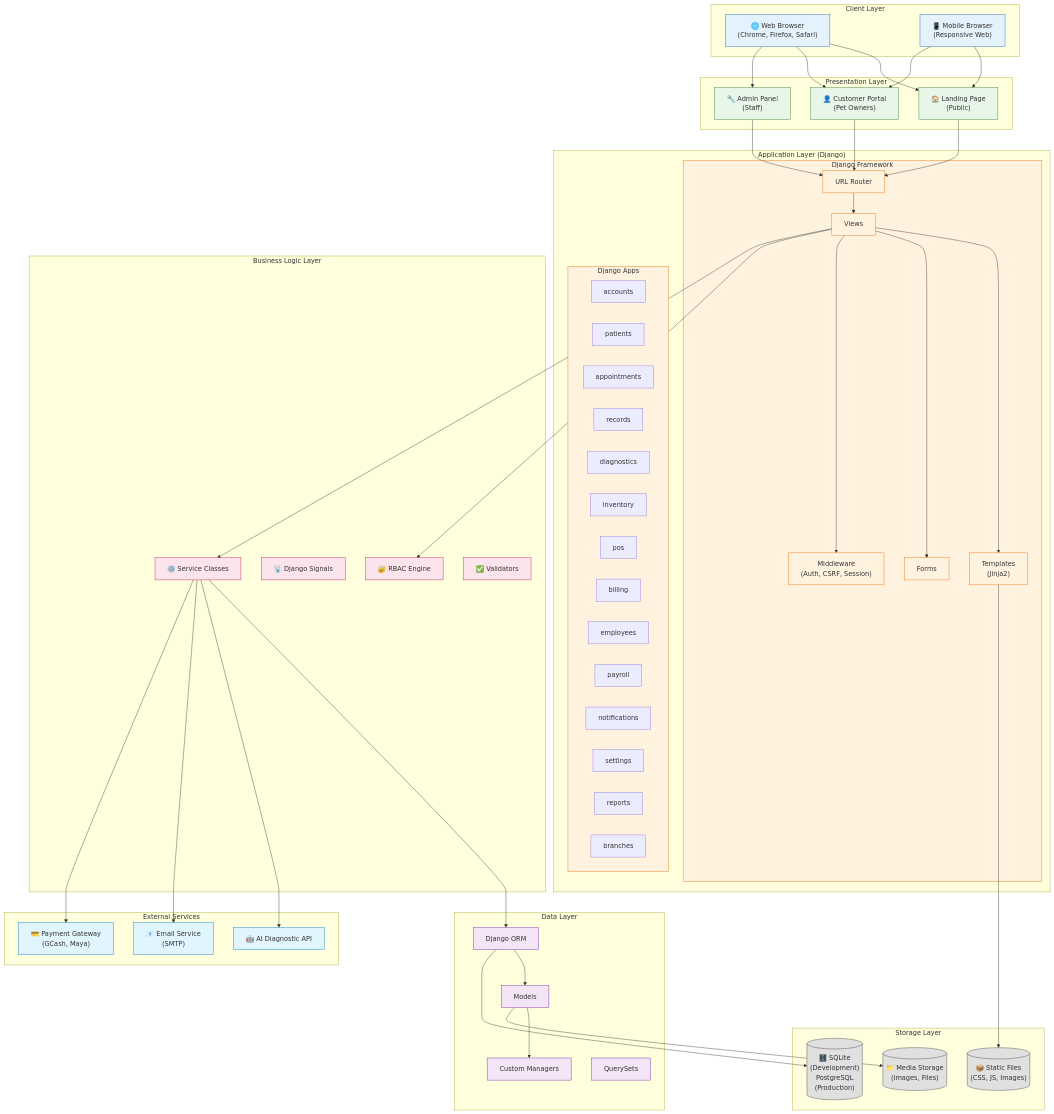
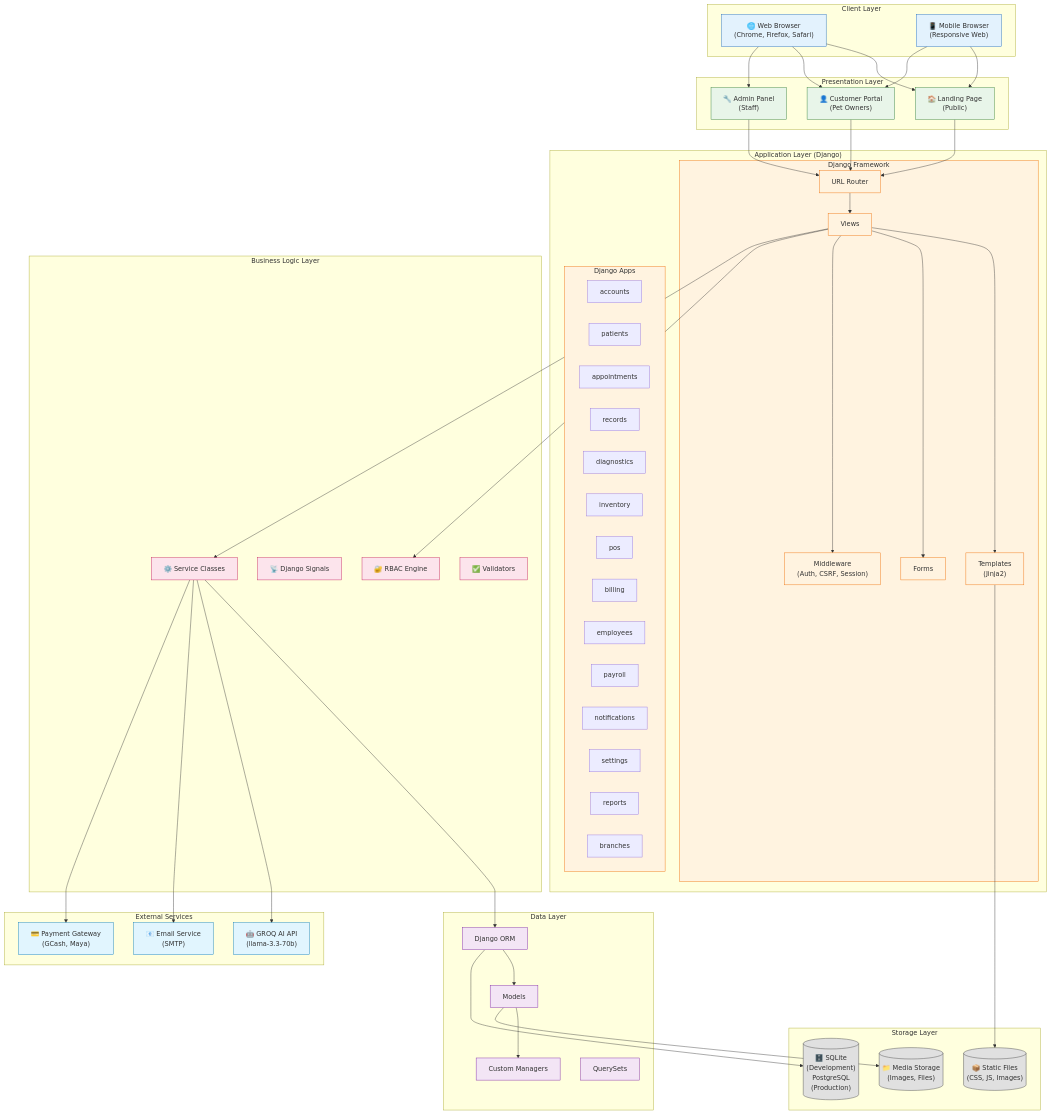
Before and after one commit to Hikarudesu/FMH-CLINIC: the first of 7 diagrams in 5_System_Architecture.md, drawn with Mermaid. The commit also changed other lines of this file and 9 other files, not shown here.

Commit message:
Enhance ERD and DFD with ClinicalStatus and ReasonForVisit entities; update context and use case diagrams for improved clarity; add new flows for statement of account and cash drawer management; implement migrations for database schema changes.

```diff
--- a/5_System_Architecture.md
+++ b/5_System_Architecture.md
@@ -72,7 +72,7 @@
     end
     
     subgraph External["External Services"]
-        AI_API["🤖 AI Diagnostic API"]
+        AI_API["🤖 GROQ AI API<br/>(llama-3.3-70b)"]
         EMAIL_SVC["📧 Email Service<br/>(SMTP)"]
         PAYMENT["💳 Payment Gateway<br/>(GCash, Maya)"]
     end
```
